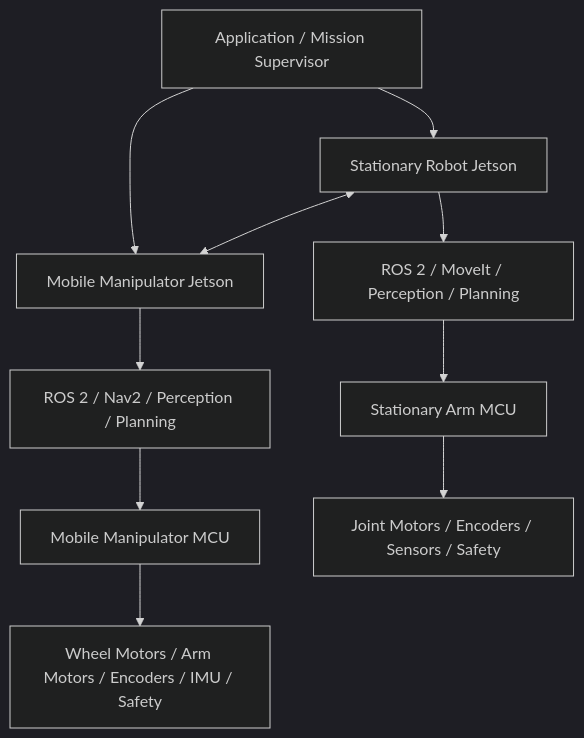
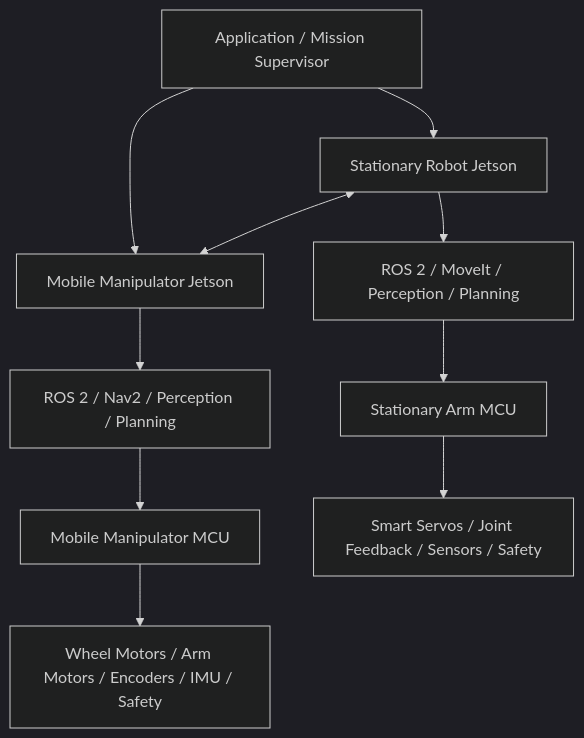
Before and after one commit to ercankacmaz/robotic-stack: the diagram in docs/plans/robotic-stack-plan.md, drawn with Mermaid (dark theme). The commit also changed other lines of this file, not shown here.

````diff
--- a/docs/plans/robotic-stack-plan.md
+++ b/docs/plans/robotic-stack-plan.md
@@ -67,18 +67,18 @@
 ```mermaid
 flowchart TD
     A[Application / Mission Supervisor]
 
     A --> B[Stationary Robot Jetson]
     A --> C[Mobile Manipulator Jetson]
 
     B --> D[ROS 2 / MoveIt / Perception / Planning]
     C --> E[ROS 2 / Nav2 / Perception / Planning]
 
     D --> F[Stationary Arm MCU]
     E --> G[Mobile Manipulator MCU]
 
-    F --> H[Joint Motors / Encoders / Sensors / Safety]
+    F --> H[Smart Servos / Joint Feedback / Sensors / Safety]
     G --> I[Wheel Motors / Arm Motors / Encoders / IMU / Safety]
 
     B <--> C
 ```
````
